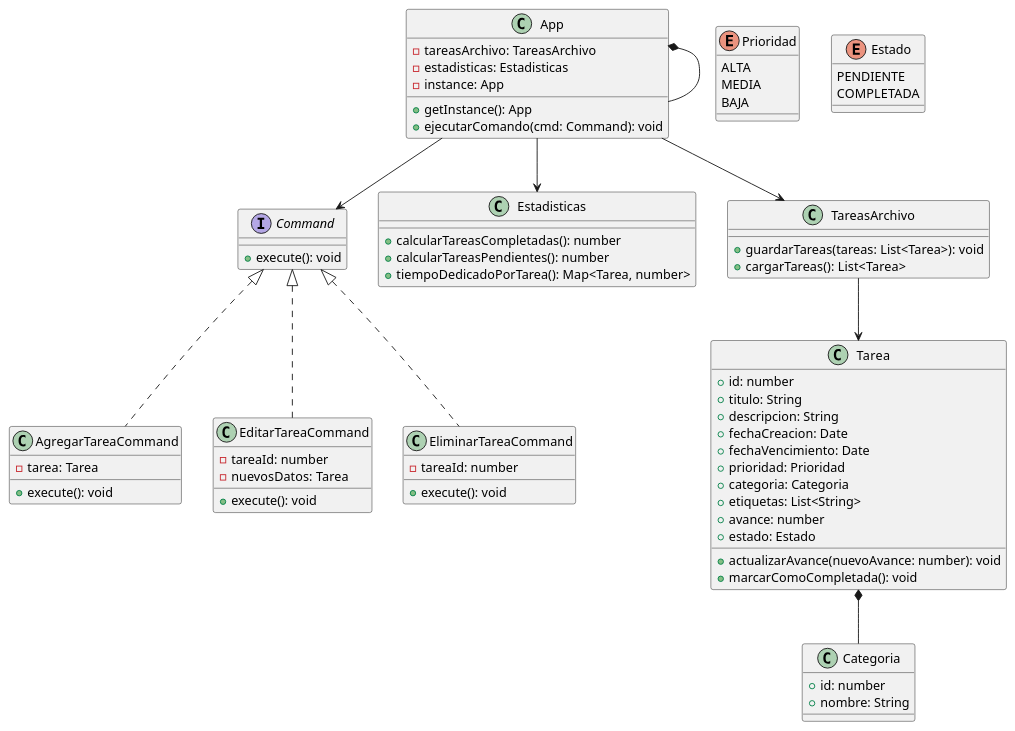
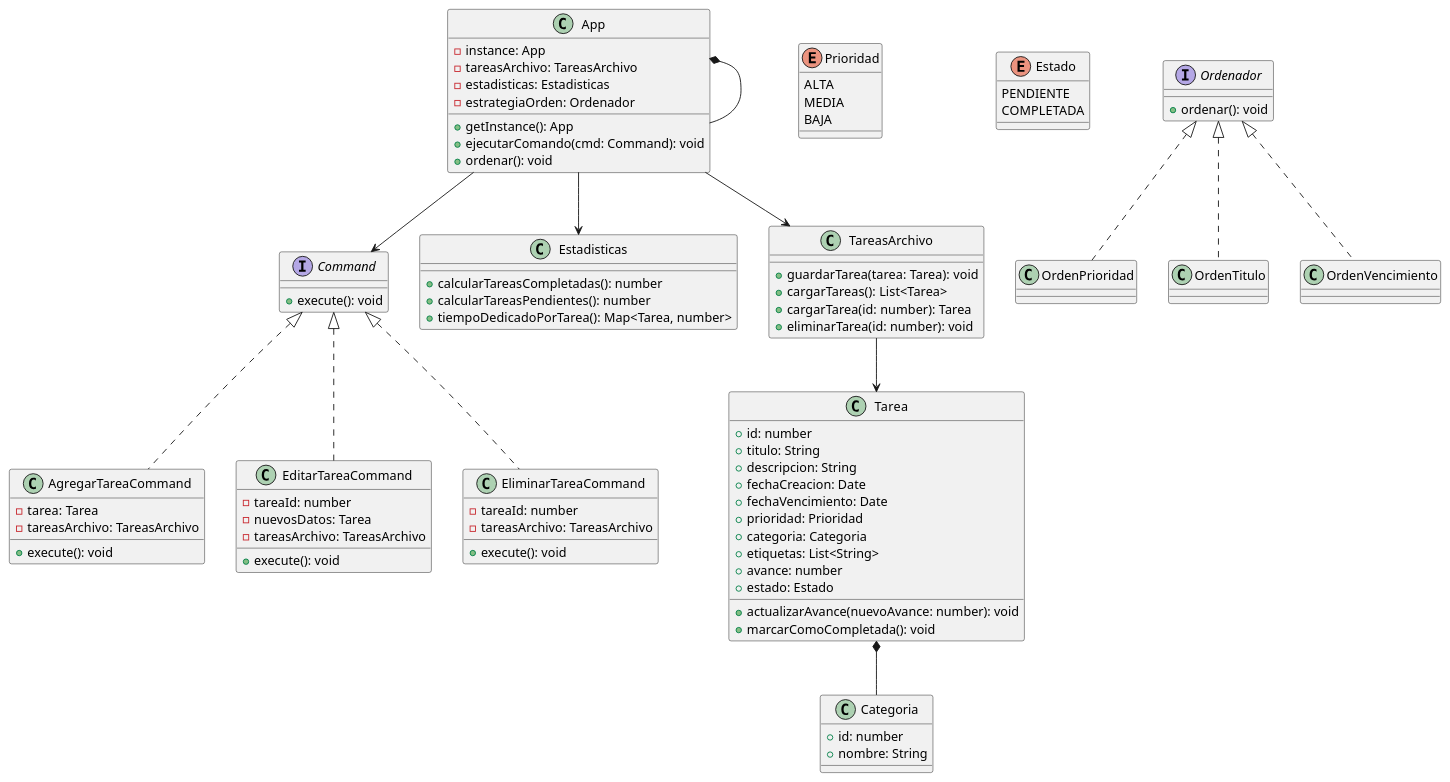
Before and after one commit to jonimarqu/utn_todo-list: the diagram in docs/diagramaClases.puml, drawn with PlantUML.

Commit message:
upd diagrama de clases

```diff
--- a/docs/diagramaClases.puml
+++ b/docs/diagramaClases.puml
@@ -1,90 +1,114 @@
 @startuml ToDo
 
 class App {
+	-instance: App
 	-tareasArchivo: TareasArchivo
 	-estadisticas: Estadisticas
-	-instance: App
+	-estrategiaOrden: Ordenador
 
 	+getInstance(): App
 	+ejecutarComando(cmd: Command): void
+	+ordenar(): void
 }
 
 interface Command {
 	+execute(): void
 }
 
 class AgregarTareaCommand {
 	-tarea: Tarea
+	-tareasArchivo: TareasArchivo
 	+execute(): void
 }
 
 class EditarTareaCommand {
 	-tareaId: number
 	-nuevosDatos: Tarea
+	-tareasArchivo: TareasArchivo
 	+execute(): void
 }
 
 class EliminarTareaCommand {
 	-tareaId: number
+	-tareasArchivo: TareasArchivo
 	+execute(): void
 }
 
 class Tarea {
 	+id: number
 	+titulo: String
 	+descripcion: String
 	+fechaCreacion: Date
 	+fechaVencimiento: Date
 	+prioridad: Prioridad
 	+categoria: Categoria
 	+etiquetas: List<String>
 	+avance: number
 	+estado: Estado
 
 	+actualizarAvance(nuevoAvance: number): void
 	+marcarComoCompletada(): void
 }
 
 enum Prioridad {
 	ALTA
 	MEDIA
 	BAJA
 }
 
 enum Estado {
 	PENDIENTE
 	COMPLETADA
 }
 
 class Categoria {
 	+id: number
 	+nombre: String
 }
 
 class Estadisticas {
 	+calcularTareasCompletadas(): number
 	+calcularTareasPendientes(): number
 	+tiempoDedicadoPorTarea(): Map<Tarea, number>
 }
 
 class TareasArchivo {
-	+guardarTareas(tareas: List<Tarea>): void
+	+guardarTarea(tarea: Tarea): void
 	+cargarTareas(): List<Tarea>
+	+cargarTarea(id: number): Tarea
+	+eliminarTarea(id: number): void
+}
+
+interface Ordenador {
+	+ordenar(): void
+}
+
+class OrdenPrioridad {
+}
+
+class OrdenTitulo{
+}
+
+class OrdenVencimiento{
 }
 
 'uso
 App --> Estadisticas
 App --> TareasArchivo
 App --> Command
 TareasArchivo --> Tarea
 
 'herencia
 Command <|.. AgregarTareaCommand
 Command <|.. EditarTareaCommand
 Command <|.. EliminarTareaCommand
 
+Ordenador <|.. OrdenPrioridad
+Ordenador <|.. OrdenTitulo
+Ordenador <|.. OrdenVencimiento
+
 'composition
 App *-- App
 Tarea *-- Categoria
 
 @enduml
```
